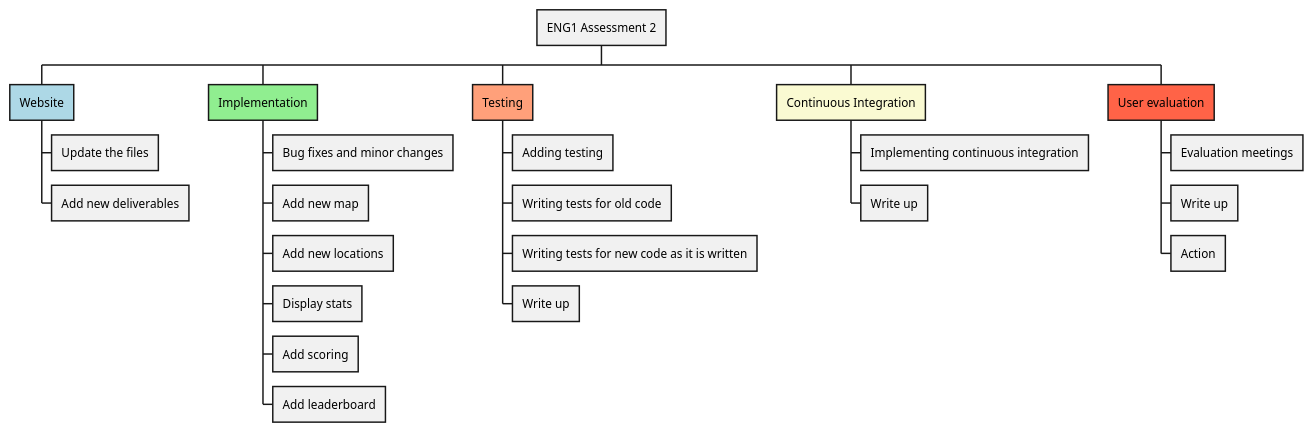
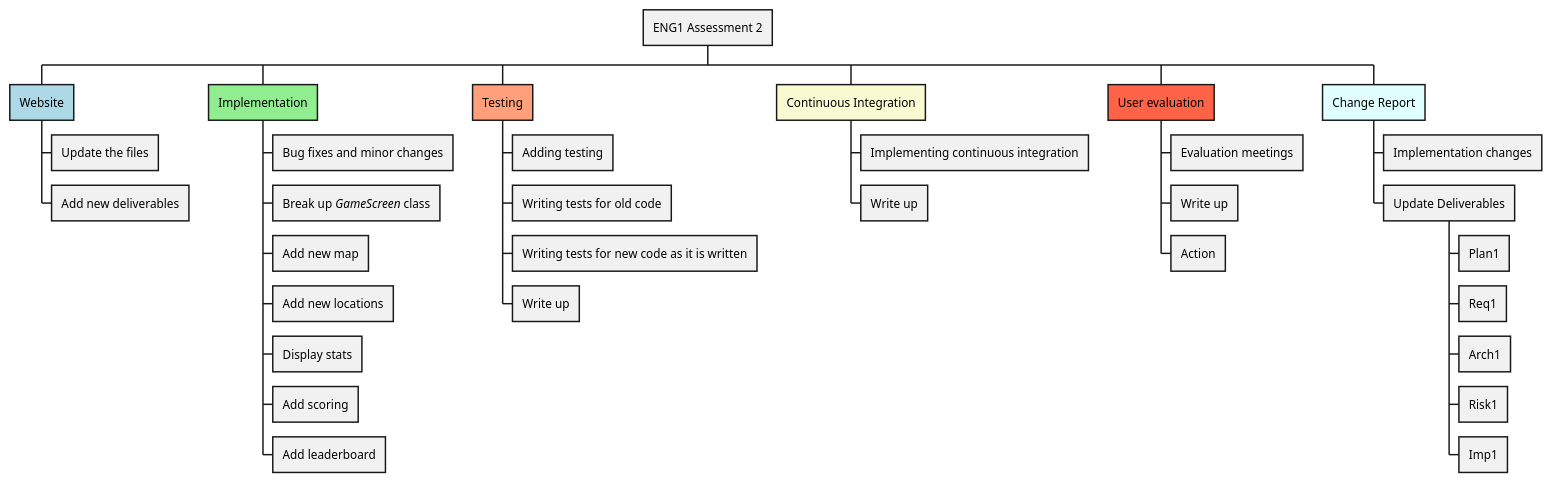
Before and after one commit to MaxIrv/Group-20-HesHus-Game: the diagram in diagrams/work.puml, drawn with PlantUML.

Commit message:
Added more detail to work.puml

```diff
--- a/diagrams/work.puml
+++ b/diagrams/work.puml
@@ -1,29 +1,38 @@
 @startwbs
 'https://plantuml.com/wbs-diagram
 
 * ENG1 Assessment 2
 **[#LightBlue] Website
 *** Update the files
 *** Add new deliverables
 **[#LightGreen] Implementation
 *** Bug fixes and minor changes
+*** Break up <i>GameScreen</i> class
 *** Add new map
 *** Add new locations
 *** Display stats
 *** Add scoring
 *** Add leaderboard
 **[#LightSalmon] Testing
 *** Adding testing
 *** Writing tests for old code
 *** Writing tests for new code as it is written
 *** Write up
 **[#LightGoldenRodYellow] Continuous Integration
 *** Implementing continuous integration
 *** Write up
 **[#Tomato] User evaluation
 *** Evaluation meetings
 *** Write up
 *** Action
+**[#LightCyan] Change Report
+*** Implementation changes
+*** Update Deliverables
+**** Plan1
+**** Req1
+**** Arch1
+**** Risk1
+**** Imp1
 
 
 @endwbs
```
